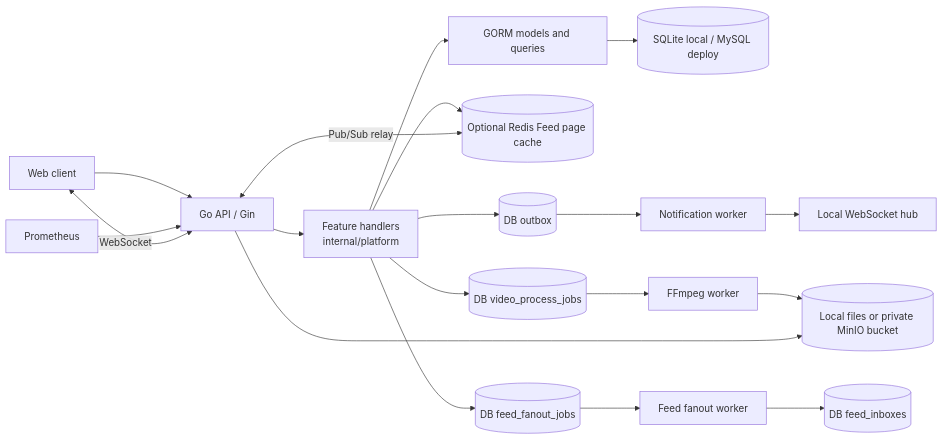
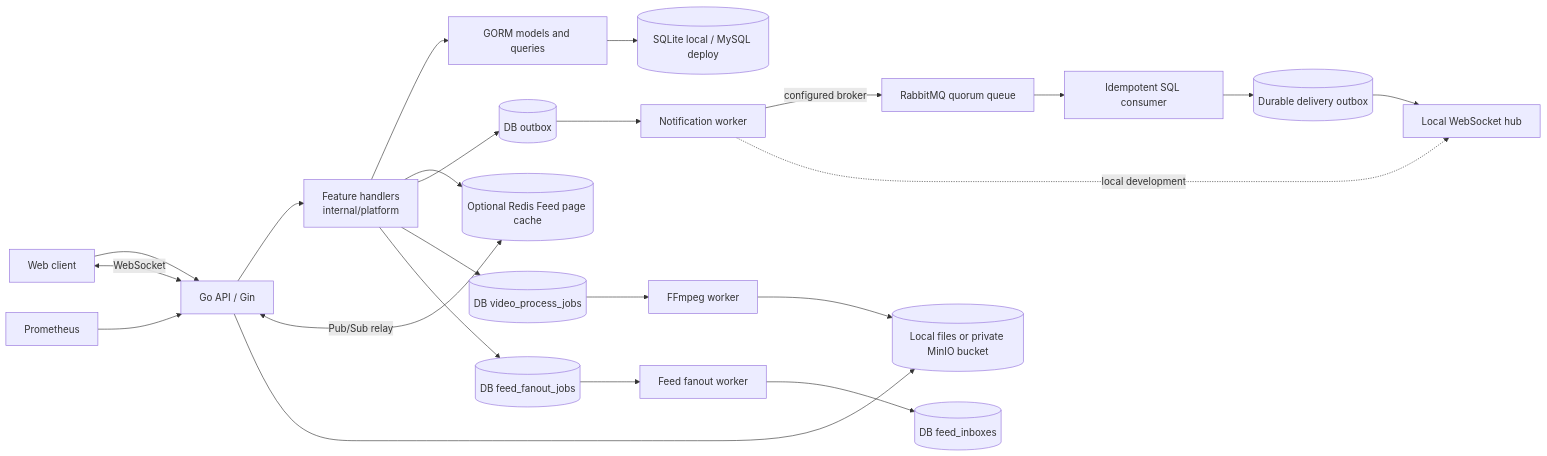
Before and after one commit to liuzhouquan/GoStream: the diagram in docs/ARCHITECTURE.md, drawn with Mermaid. The commit also changed other lines of this file and 29 other files, not shown here.

First line of the commit message:
feat(events): reliable RabbitMQ notification delivery and recovery (#14)

````diff
--- a/docs/ARCHITECTURE.md
+++ b/docs/ARCHITECTURE.md
@@ -7,21 +7,25 @@
 ```mermaid
 flowchart LR
   Web[Web client] --> API[Go API / Gin]
   API --> Handlers[Feature handlers<br/>internal/platform]
   Handlers --> GORM[GORM models and queries]
   Handlers --> Redis[(Optional Redis Feed page cache)]
   API <-->|Pub/Sub relay| Redis
   GORM --> DB[(SQLite local / MySQL deploy)]
   Handlers --> Outbox[(DB outbox)]
   Outbox --> Worker[Notification worker]
-  Worker --> WS[Local WebSocket hub]
+  Worker -->|configured broker| Rabbit[RabbitMQ quorum queue]
+  Rabbit --> Consumer[Idempotent SQL consumer]
+  Consumer --> Delivery[(Durable delivery outbox)]
+  Delivery --> WS[Local WebSocket hub]
+  Worker -.->|local development| WS
   Handlers --> ProcessQueue[(DB video_process_jobs)]
   ProcessQueue --> MediaWorker[FFmpeg worker]
   MediaWorker --> Media[(Local files or private MinIO bucket)]
   Handlers --> FanoutQueue[(DB feed_fanout_jobs)]
   FanoutQueue --> FanoutWorker[Feed fanout worker]
   FanoutWorker --> Inbox[(DB feed_inboxes)]
   API --> Media
   Prometheus --> API
   API <-->|WebSocket| Web
 ```
````
